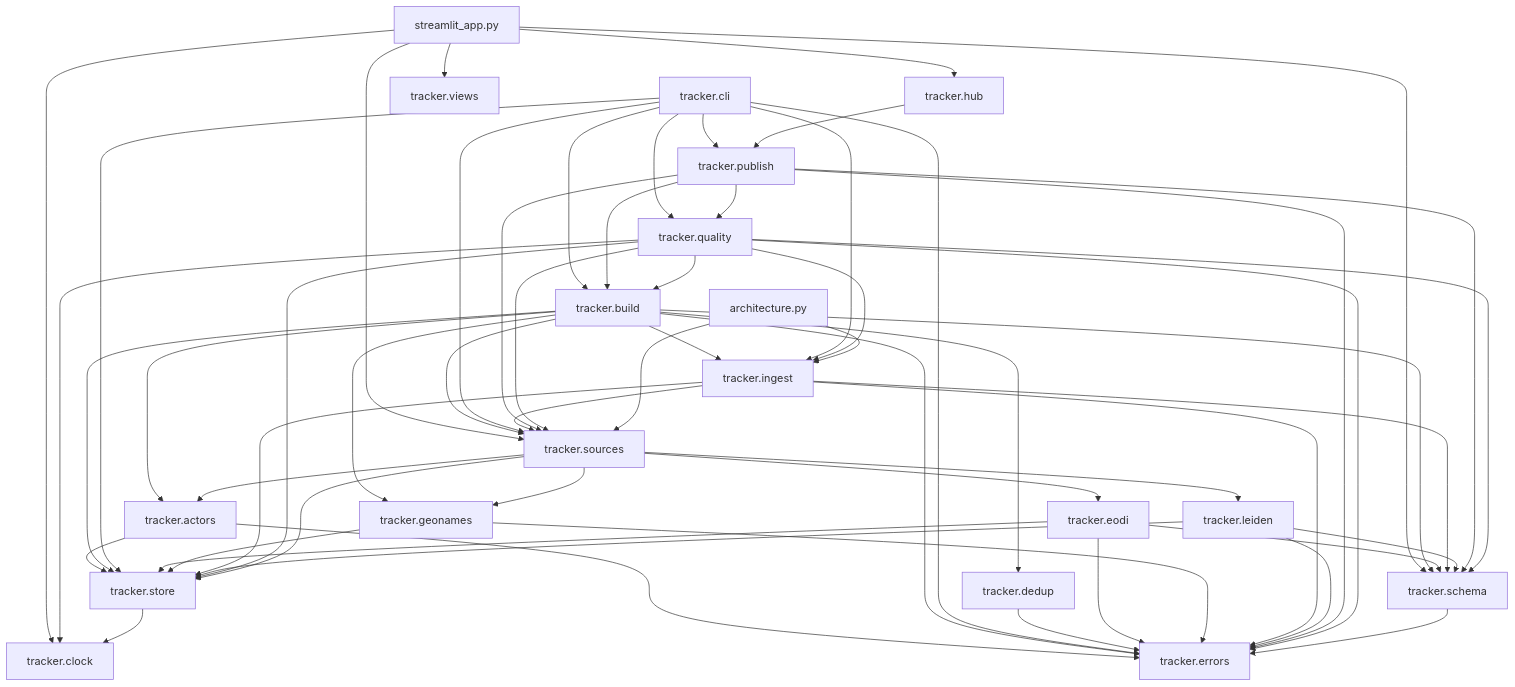
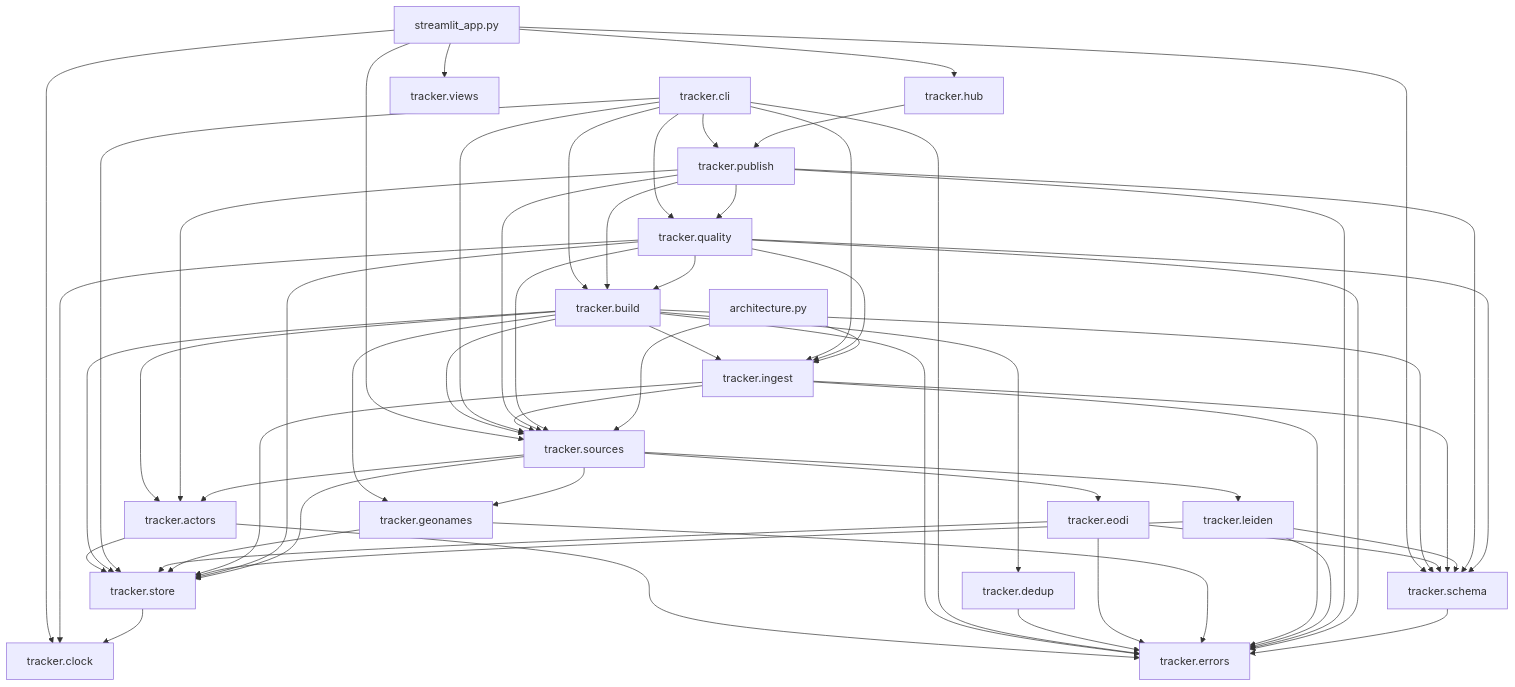
The third of 3 diagrams in docs/architecture.md (tryph0n/hybrid-tracker), drawn with Mermaid before and after one commit. The commit also changed 11 other files, not shown here.

````diff
--- a/docs/architecture.md
+++ b/docs/architecture.md
@@ -151,79 +151,80 @@
 ```mermaid
 flowchart TB
   module_streamlit_app_py["streamlit_app.py"]
   module_tracker_actors["tracker.actors"]
   module_tracker_build["tracker.build"]
   module_tracker_cli["tracker.cli"]
   module_tracker_clock["tracker.clock"]
   module_tracker_dedup["tracker.dedup"]
   module_tracker_eodi["tracker.eodi"]
   module_tracker_errors["tracker.errors"]
   module_tracker_geonames["tracker.geonames"]
   module_tracker_hub["tracker.hub"]
   module_tracker_ingest["tracker.ingest"]
   module_tracker_leiden["tracker.leiden"]
   module_tracker_publish["tracker.publish"]
   module_tracker_quality["tracker.quality"]
   module_tracker_schema["tracker.schema"]
   module_tracker_sources["tracker.sources"]
   module_tracker_store["tracker.store"]
   module_tracker_views["tracker.views"]
   module_architecture_py["architecture.py"]
   module_streamlit_app_py --> module_tracker_clock
   module_streamlit_app_py --> module_tracker_hub
   module_streamlit_app_py --> module_tracker_schema
   module_streamlit_app_py --> module_tracker_sources
   module_streamlit_app_py --> module_tracker_views
   module_tracker_actors --> module_tracker_errors
   module_tracker_actors --> module_tracker_store
   module_tracker_build --> module_tracker_actors
   module_tracker_build --> module_tracker_dedup
   module_tracker_build --> module_tracker_errors
   module_tracker_build --> module_tracker_geonames
   module_tracker_build --> module_tracker_ingest
   module_tracker_build --> module_tracker_schema
   module_tracker_build --> module_tracker_sources
   module_tracker_build --> module_tracker_store
   module_tracker_cli --> module_tracker_build
   module_tracker_cli --> module_tracker_errors
   module_tracker_cli --> module_tracker_ingest
   module_tracker_cli --> module_tracker_publish
   module_tracker_cli --> module_tracker_quality
   module_tracker_cli --> module_tracker_sources
   module_tracker_cli --> module_tracker_store
   module_tracker_dedup --> module_tracker_errors
   module_tracker_eodi --> module_tracker_errors
   module_tracker_eodi --> module_tracker_schema
   module_tracker_eodi --> module_tracker_store
   module_tracker_geonames --> module_tracker_errors
   module_tracker_geonames --> module_tracker_store
   module_tracker_hub --> module_tracker_publish
   module_tracker_ingest --> module_tracker_errors
   module_tracker_ingest --> module_tracker_schema
   module_tracker_ingest --> module_tracker_sources
   module_tracker_ingest --> module_tracker_store
   module_tracker_leiden --> module_tracker_errors
   module_tracker_leiden --> module_tracker_schema
   module_tracker_leiden --> module_tracker_store
+  module_tracker_publish --> module_tracker_actors
   module_tracker_publish --> module_tracker_build
   module_tracker_publish --> module_tracker_errors
   module_tracker_publish --> module_tracker_quality
   module_tracker_publish --> module_tracker_schema
   module_tracker_publish --> module_tracker_sources
   module_tracker_quality --> module_tracker_build
   module_tracker_quality --> module_tracker_clock
   module_tracker_quality --> module_tracker_errors
   module_tracker_quality --> module_tracker_ingest
   module_tracker_quality --> module_tracker_schema
   module_tracker_quality --> module_tracker_sources
   module_tracker_quality --> module_tracker_store
   module_tracker_schema --> module_tracker_errors
   module_tracker_sources --> module_tracker_actors
   module_tracker_sources --> module_tracker_eodi
   module_tracker_sources --> module_tracker_geonames
   module_tracker_sources --> module_tracker_leiden
   module_tracker_sources --> module_tracker_store
   module_tracker_store --> module_tracker_clock
   module_architecture_py --> module_tracker_ingest
   module_architecture_py --> module_tracker_sources
 ```
````
